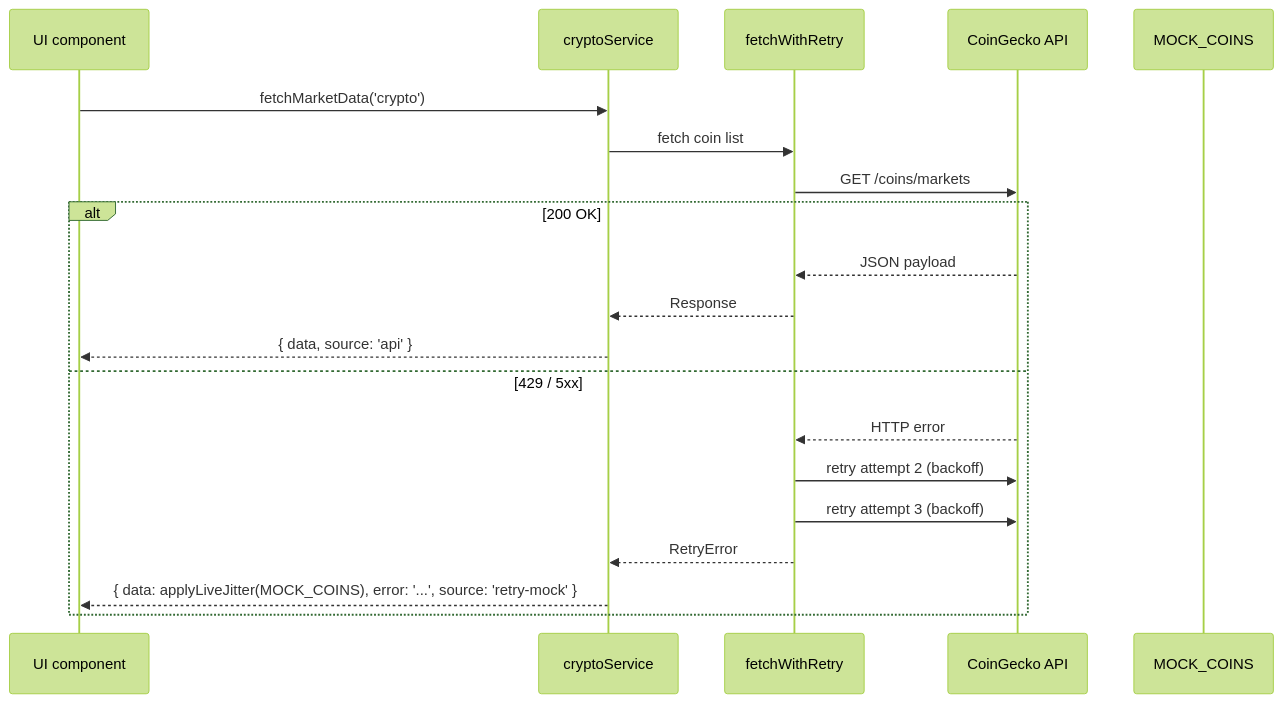
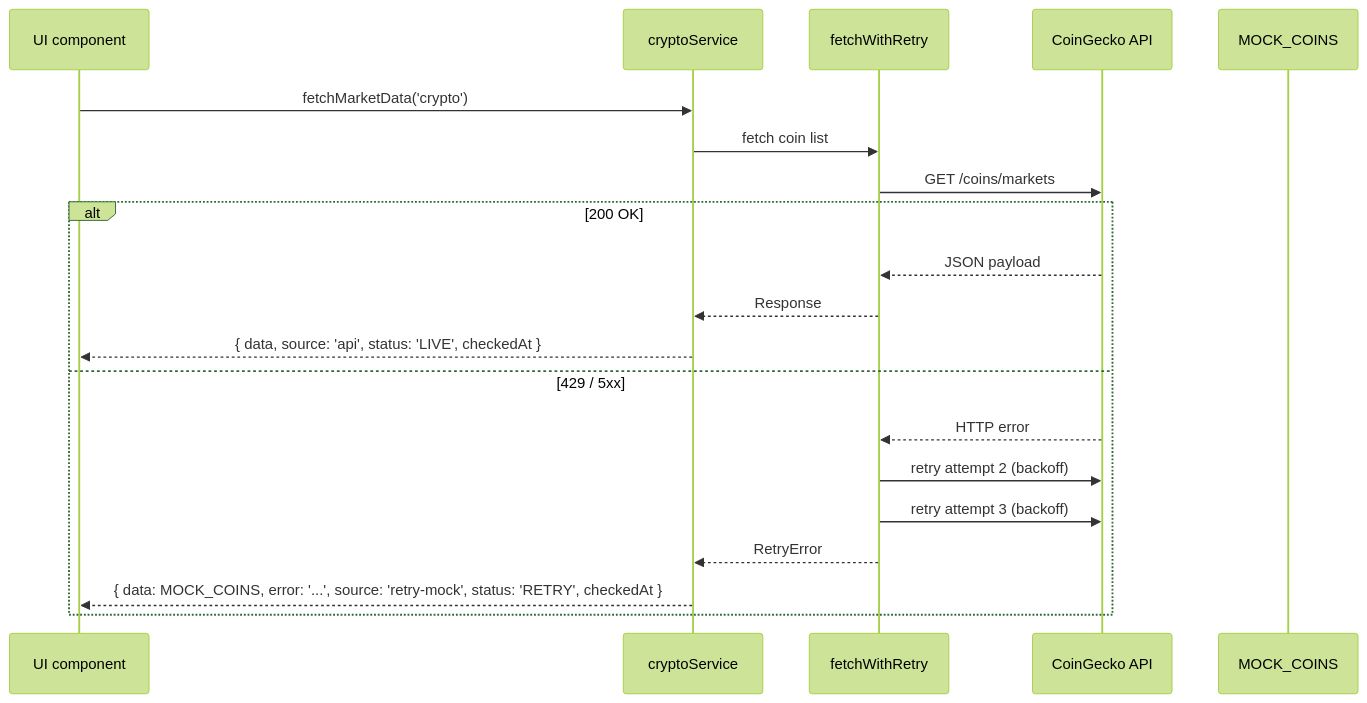
The second of 4 diagrams in ARCHITECTURE.md (PavelHopson/CryptoPulse), drawn with Mermaid (forest theme) before and after one commit. The commit also changed other lines of this file and 64 other files, not shown here.

````diff
--- a/ARCHITECTURE.md
+++ b/ARCHITECTURE.md
@@ -47,23 +55,23 @@
 ```mermaid
 sequenceDiagram
     participant UI as UI component
     participant CS as cryptoService
     participant FR as fetchWithRetry
     participant CG as CoinGecko API
     participant MK as MOCK_COINS
 
     UI->>CS: fetchMarketData('crypto')
     CS->>FR: fetch coin list
     FR->>CG: GET /coins/markets
     alt 200 OK
         CG-->>FR: JSON payload
         FR-->>CS: Response
-        CS-->>UI: { data, source: 'api' }
+        CS-->>UI: { data, source: 'api', status: 'LIVE', checkedAt }
     else 429 / 5xx
         CG-->>FR: HTTP error
         FR->>CG: retry attempt 2 (backoff)
         FR->>CG: retry attempt 3 (backoff)
         FR-->>CS: RetryError
-        CS-->>UI: { data: applyLiveJitter(MOCK_COINS), error: '...', source: 'retry-mock' }
+        CS-->>UI: { data: MOCK_COINS, error: '...', source: 'retry-mock', status: 'RETRY', checkedAt }
     end
 ```
````
